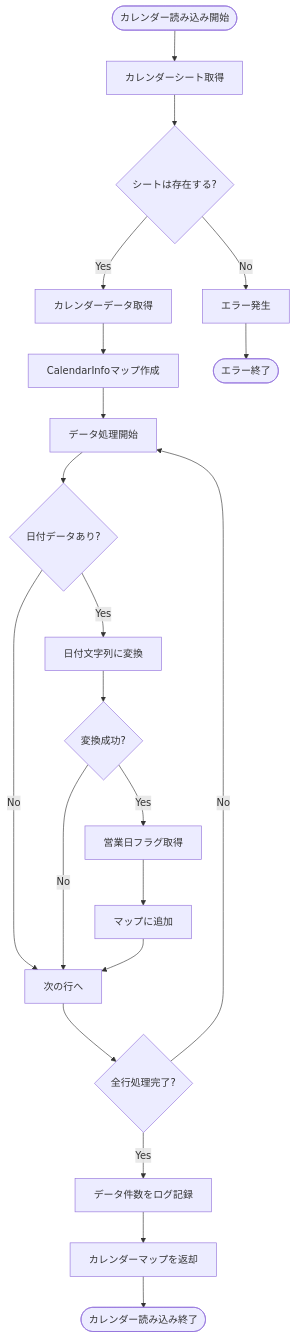
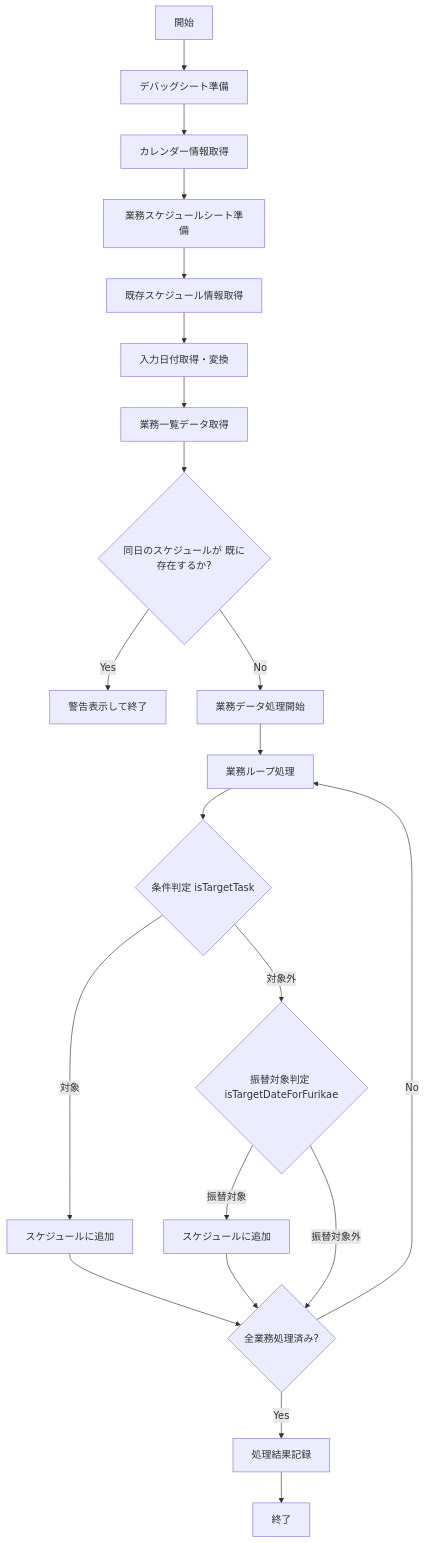
One commit to mkuwan/TaskManaging changed the fourth of 20 diagrams in README.md. Above: the diagram before and after it, drawn with Mermaid. The commit also changed other lines of this file and 10 other files, not shown here.

````diff
--- a/README.md
+++ b/README.md
@@ -583,27 +289,23 @@
 ```mermaid
 flowchart TD
-    Start([カレンダー読み込み開始]) --> GetSheet[カレンダーシート取得]
-    GetSheet --> CheckSheet{シートは存在する?}
-    CheckSheet -->|No| ThrowError[エラー発生]
-    CheckSheet -->|Yes| GetData[カレンダーデータ取得]
-    GetData --> CreateMap[CalendarInfoマップ作成]
-    
-    CreateMap --> ProcessLoop[データ処理開始]
-    ProcessLoop --> CheckRow{日付データあり?}
-    CheckRow -->|No| NextRow[次の行へ]
-    CheckRow -->|Yes| ConvertDate[日付文字列に変換]
-    
-    ConvertDate --> CheckDateValid{変換成功?}
-    CheckDateValid -->|No| NextRow
-    CheckDateValid -->|Yes| GetBusinessDay[営業日フラグ取得]
-    GetBusinessDay --> AddToMap[マップに追加]
-    
-    AddToMap --> NextRow
-    NextRow --> HasMoreRows{全行処理完了?}
-    HasMoreRows -->|No| ProcessLoop
-    HasMoreRows -->|Yes| LogCount[データ件数をログ記録]
-    LogCount --> ReturnMap[カレンダーマップを返却]
-    
-    ThrowError --> End([エラー終了])
-    ReturnMap --> End2([カレンダー読み込み終了])
+    A[開始] --> B[デバッグシート準備]
+    B --> C[カレンダー情報取得]
+    C --> D[業務スケジュールシート準備]
+    D --> E[既存スケジュール情報取得]
+    E --> F[入力日付取得・変換]
+    F --> G[業務一覧データ取得]
+    G --> H{同日のスケジュールが 既に存在するか?}
+    H -- Yes --> I[警告表示して終了]
+    H -- No --> J[業務データ処理開始]
+    J --> K[業務ループ処理]
+    K --> L{条件判定 isTargetTask}
+    L -- 対象 --> M[スケジュールに追加]
+    L -- 対象外 --> N{振替対象判定 isTargetDateForFurikae}
+    N -- 振替対象 --> O[スケジュールに追加]
+    N -- 振替対象外 --> P{全業務処理済み?}
+    M --> P
+    O --> P
+    P -- No --> K
+    P -- Yes --> Q[処理結果記録]
+    Q --> R[終了]
 ```
````
